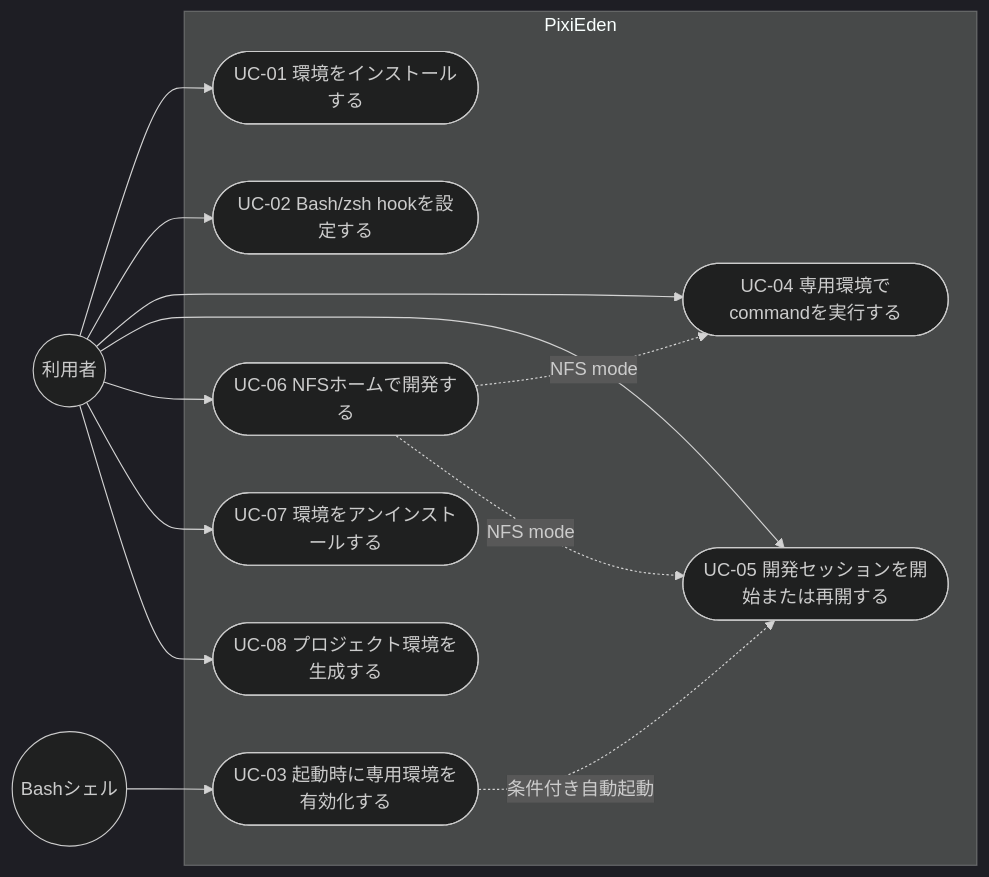
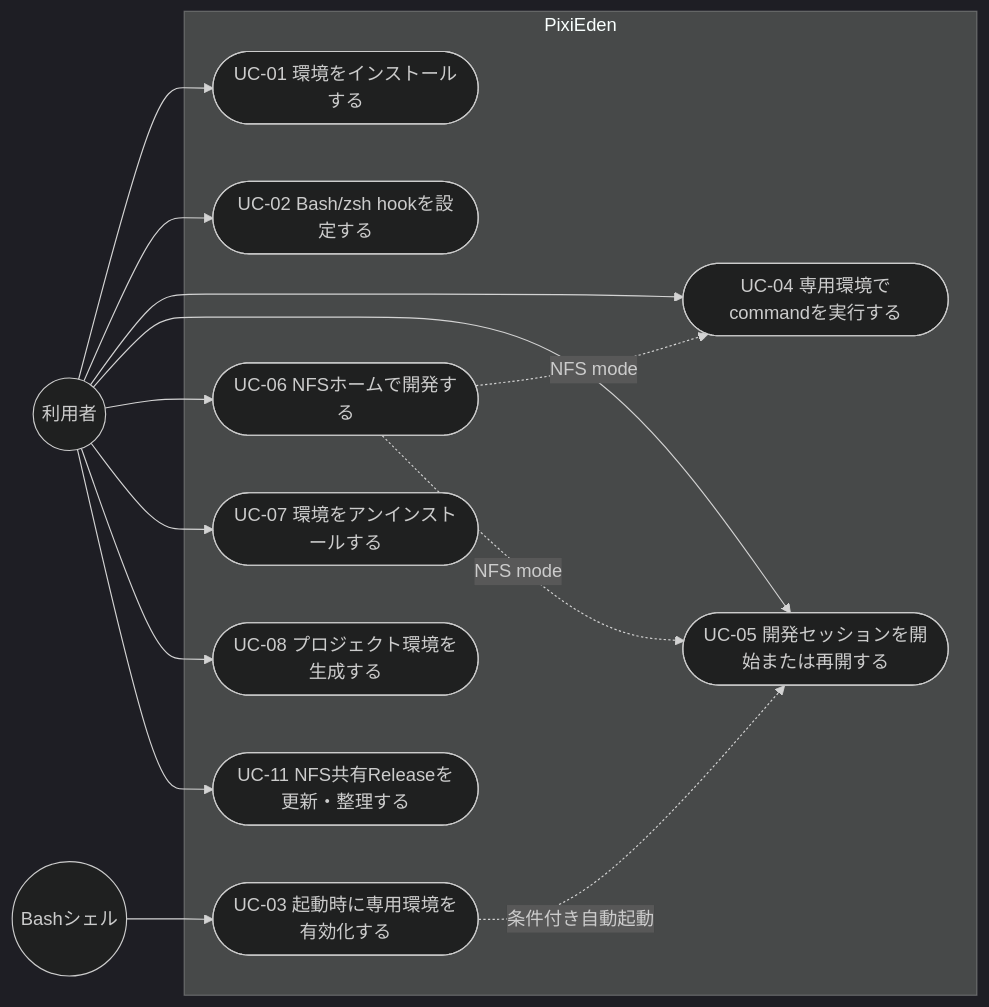
The diagram in docs/use-cases.ja.md (arkbig/pixied), drawn with Mermaid (dark theme) before and after one commit. The commit also changed other lines of this file and 17 other files, not shown here.

````diff
--- a/docs/use-cases.ja.md
+++ b/docs/use-cases.ja.md
@@ -9,29 +9,31 @@
 ```mermaid
 flowchart LR
     user((利用者))
     bash((Bashシェル))
 
     subgraph pixied[PixiEden]
         uc01([UC-01 環境をインストールする])
         uc02([UC-02 Bash/zsh hookを設定する])
         uc03([UC-03 起動時に専用環境を有効化する])
         uc04([UC-04 専用環境でcommandを実行する])
         uc05([UC-05 開発セッションを開始または再開する])
         uc06([UC-06 NFSホームで開発する])
         uc07([UC-07 環境をアンインストールする])
         uc08([UC-08 プロジェクト環境を生成する])
+        uc11([UC-11 NFS共有Releaseを更新・整理する])
     end
 
     user --> uc01
     user --> uc02
     user --> uc04
     user --> uc05
     user --> uc06
     user --> uc07
     user --> uc08
+    user --> uc11
     bash --> uc03
 
     uc03 -.->|条件付き自動起動| uc05
     uc06 -.->|NFS mode| uc04
     uc06 -.->|NFS mode| uc05
 ```
````
